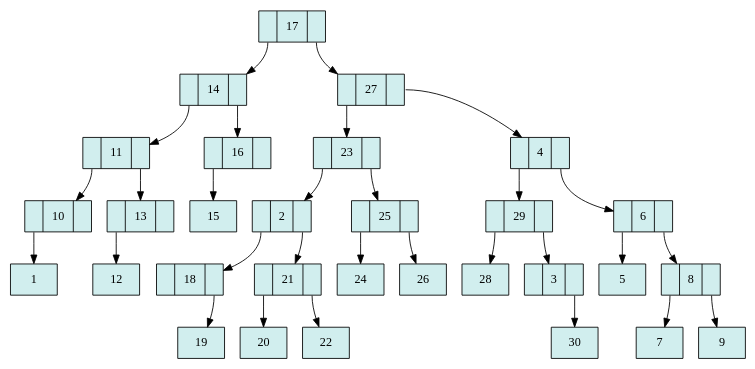
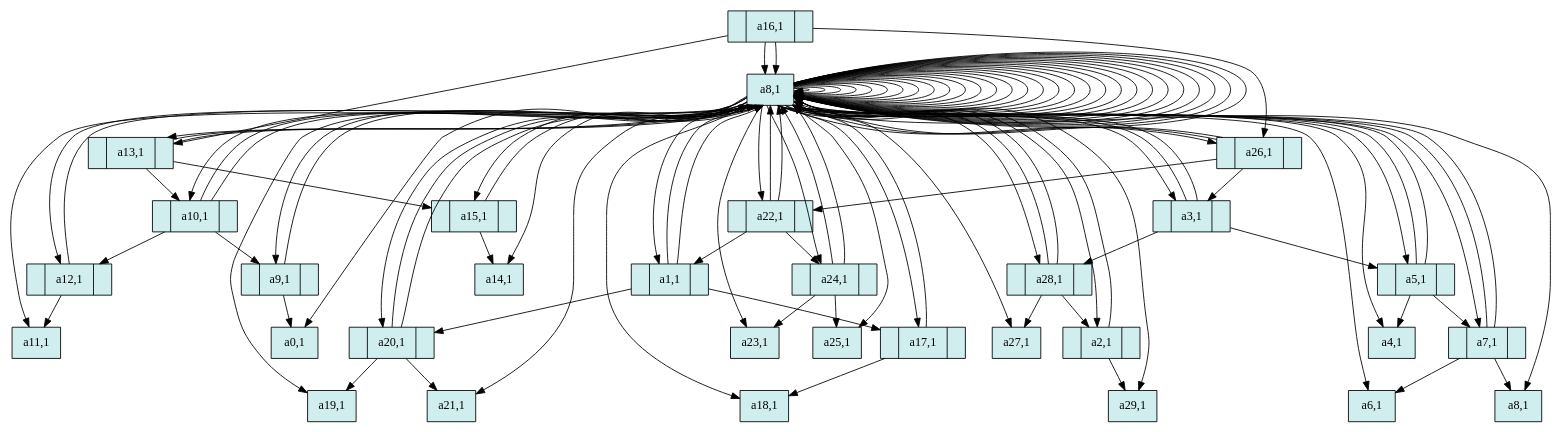
The diagram in storage/team06/tab.dot (tytusdb/tytusdb), drawn with Graphviz before and after one commit. The commit also changed 6 other files, not shown here.

```diff
--- a/storage/team06/tab.dot
+++ b/storage/team06/tab.dot
@@ -1,63 +1,63 @@
 digraph grafica{
     rankdir=TB;
     node [shape = record, style=filled, fillcolor=lightcyan2];
-    nodo17 [ label ="<AI>|17|<AD>"];
-    nodo14 [ label ="<AI>|14|<AD>"];
-    nodo11 [ label ="<AI>|11|<AD>"];
-    nodo10 [ label ="<AI>|10|<AD>"];
-    nodo1 [ label ="1"];
-    nodo10:AI->nodo1
-    nodo11:AI->nodo10
-    nodo13 [ label ="<AI>|13|<AD>"];
-    nodo12 [ label ="12"];
-    nodo13:AI->nodo12
-    nodo11:AD->nodo13
-    nodo14:AI->nodo11
-    nodo16 [ label ="<AI>|16|<AD>"];
-    nodo15 [ label ="15"];
-    nodo16:AI->nodo15
-    nodo14:AD->nodo16
-    nodo17:AI->nodo14
-    nodo27 [ label ="<AI>|27|<AD>"];
-    nodo23 [ label ="<AI>|23|<AD>"];
-    nodo2 [ label ="<AI>|2|<AD>"];
-    nodo18 [ label ="<AI>|18|<AD>"];
-    nodo19 [ label ="19"];
-    nodo18:AD->nodo19
-    nodo2:AI->nodo18
-    nodo21 [ label ="<AI>|21|<AD>"];
-    nodo20 [ label ="20"];
-    nodo21:AI->nodo20
-    nodo22 [ label ="22"];
-    nodo21:AD->nodo22
-    nodo2:AD->nodo21
-    nodo23:AI->nodo2
-    nodo25 [ label ="<AI>|25|<AD>"];
-    nodo24 [ label ="24"];
-    nodo25:AI->nodo24
-    nodo26 [ label ="26"];
-    nodo25:AD->nodo26
-    nodo23:AD->nodo25
-    nodo27:AI->nodo23
-    nodo4 [ label ="<AI>|4|<AD>"];
-    nodo29 [ label ="<AI>|29|<AD>"];
-    nodo28 [ label ="28"];
-    nodo29:AI->nodo28
-    nodo3 [ label ="<AI>|3|<AD>"];
-    nodo30 [ label ="30"];
-    nodo3:AD->nodo30
-    nodo29:AD->nodo3
-    nodo4:AI->nodo29
-    nodo6 [ label ="<AI>|6|<AD>"];
-    nodo5 [ label ="5"];
-    nodo6:AI->nodo5
-    nodo8 [ label ="<AI>|8|<AD>"];
-    nodo7 [ label ="7"];
-    nodo8:AI->nodo7
-    nodo9 [ label ="9"];
-    nodo8:AD->nodo9
-    nodo6:AD->nodo8
-    nodo4:AD->nodo6
-    nodo27:AD->nodo4
-    nodo17:AD->nodo27
+    nodoa16,1 [ label ="<AI>|a16,1|<AD>"];
+    nodoa13,1 [ label ="<AI>|a13,1|<AD>"];
+    nodoa10,1 [ label ="<AI>|a10,1|<AD>"];
+    nodoa9,1 [ label ="<AI>|a9,1|<AD>"];
+    nodoa0,1 [ label ="a0,1"];
+    nodoa9,1:AI->nodoa0,1
+    nodoa10,1:AI->nodoa9,1
+    nodoa12,1 [ label ="<AI>|a12,1|<AD>"];
+    nodoa11,1 [ label ="a11,1"];
+    nodoa12,1:AI->nodoa11,1
+    nodoa10,1:AD->nodoa12,1
+    nodoa13,1:AI->nodoa10,1
+    nodoa15,1 [ label ="<AI>|a15,1|<AD>"];
+    nodoa14,1 [ label ="a14,1"];
+    nodoa15,1:AI->nodoa14,1
+    nodoa13,1:AD->nodoa15,1
+    nodoa16,1:AI->nodoa13,1
+    nodoa26,1 [ label ="<AI>|a26,1|<AD>"];
+    nodoa22,1 [ label ="<AI>|a22,1|<AD>"];
+    nodoa1,1 [ label ="<AI>|a1,1|<AD>"];
+    nodoa17,1 [ label ="<AI>|a17,1|<AD>"];
+    nodoa18,1 [ label ="a18,1"];
+    nodoa17,1:AD->nodoa18,1
+    nodoa1,1:AI->nodoa17,1
+    nodoa20,1 [ label ="<AI>|a20,1|<AD>"];
+    nodoa19,1 [ label ="a19,1"];
+    nodoa20,1:AI->nodoa19,1
+    nodoa21,1 [ label ="a21,1"];
+    nodoa20,1:AD->nodoa21,1
+    nodoa1,1:AD->nodoa20,1
+    nodoa22,1:AI->nodoa1,1
+    nodoa24,1 [ label ="<AI>|a24,1|<AD>"];
+    nodoa23,1 [ label ="a23,1"];
+    nodoa24,1:AI->nodoa23,1
+    nodoa25,1 [ label ="a25,1"];
+    nodoa24,1:AD->nodoa25,1
+    nodoa22,1:AD->nodoa24,1
+    nodoa26,1:AI->nodoa22,1
+    nodoa3,1 [ label ="<AI>|a3,1|<AD>"];
+    nodoa28,1 [ label ="<AI>|a28,1|<AD>"];
+    nodoa27,1 [ label ="a27,1"];
+    nodoa28,1:AI->nodoa27,1
+    nodoa2,1 [ label ="<AI>|a2,1|<AD>"];
+    nodoa29,1 [ label ="a29,1"];
+    nodoa2,1:AD->nodoa29,1
+    nodoa28,1:AD->nodoa2,1
+    nodoa3,1:AI->nodoa28,1
+    nodoa5,1 [ label ="<AI>|a5,1|<AD>"];
+    nodoa4,1 [ label ="a4,1"];
+    nodoa5,1:AI->nodoa4,1
+    nodoa7,1 [ label ="<AI>|a7,1|<AD>"];
+    nodoa6,1 [ label ="a6,1"];
+    nodoa7,1:AI->nodoa6,1
+    nodoa8,1 [ label ="a8,1"];
+    nodoa7,1:AD->nodoa8,1
+    nodoa5,1:AD->nodoa7,1
+    nodoa3,1:AD->nodoa5,1
+    nodoa26,1:AD->nodoa3,1
+    nodoa16,1:AD->nodoa26,1
     }
```
